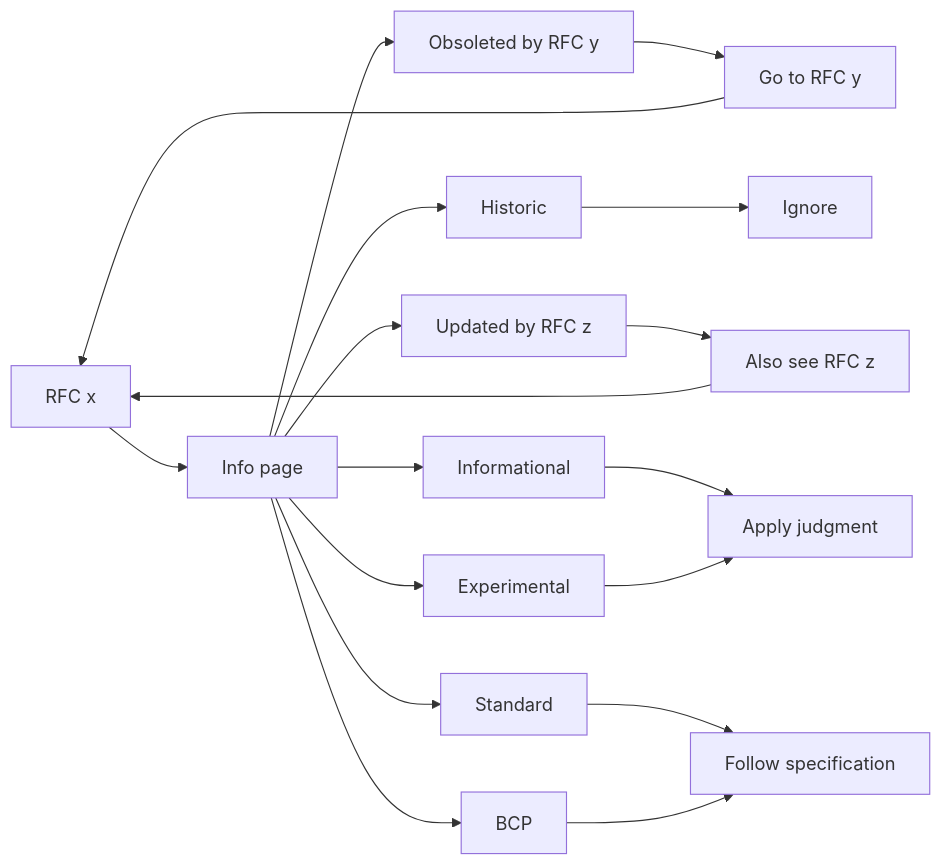
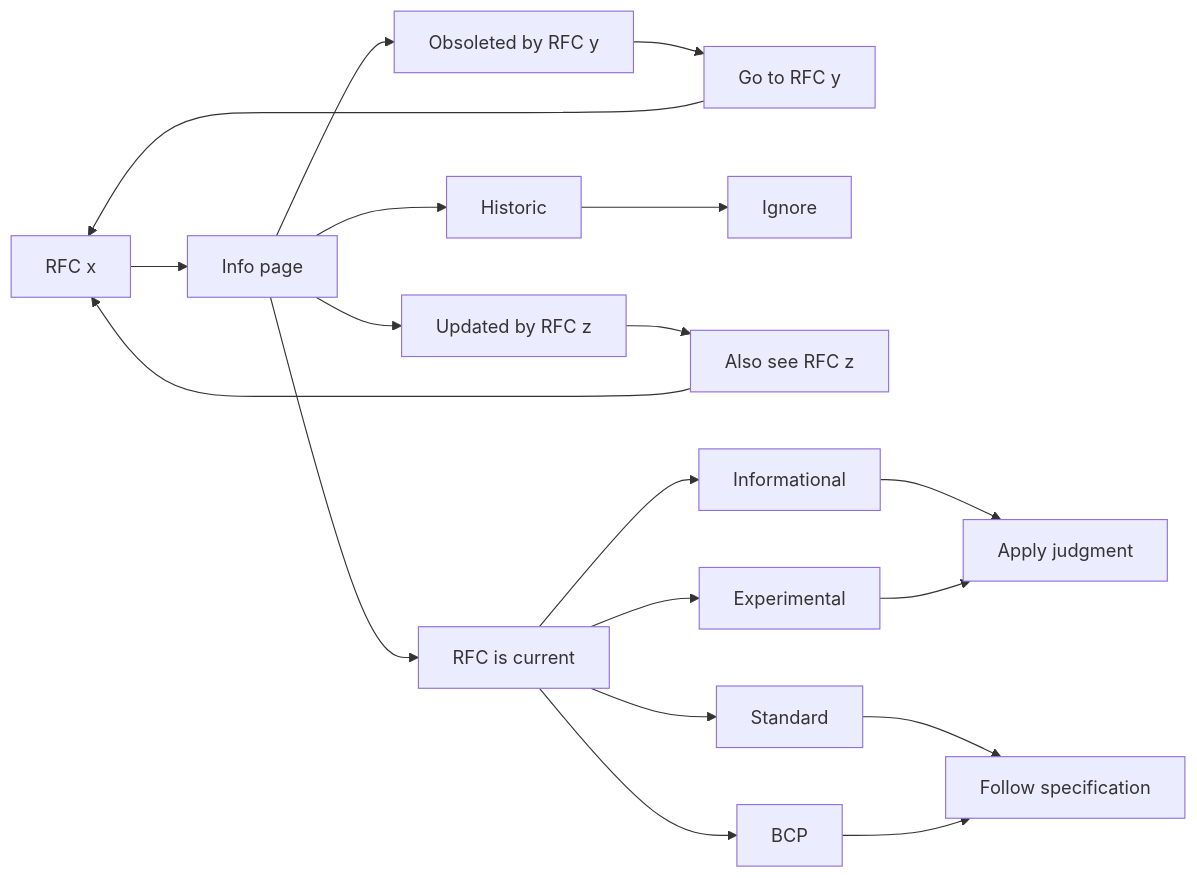
One commit to becarpenter/misc changed the diagram in 8. Further Reading.md. Above: the diagram before and after it, drawn with Mermaid.

````diff
--- a/8. Further Reading.md
+++ b/8. Further Reading.md
@@ -16,11 +16,12 @@
 ```mermaid
 flowchart LR
     R[RFC x] --> I[Info page]
     I --> O[Obsoleted by RFC y] --> GT[Go to RFC y] --> R
     I --> H[Historic] --> IG[Ignore]
     I --> U[Updated by RFC z] --> AS[Also see RFC z] --> R
-    I --> F[Informational] --> J[Apply judgment]
-    I --> E[Experimental] --> J
-    I --> S[Standard] --> L[Follow specification]
-    I --> B[BCP] --> L
+    I --> C[RFC is current]
+    C --> F[Informational] --> J[Apply judgment]
+    C --> E[Experimental] --> J
+    C --> S[Standard] --> L[Follow specification]
+    C --> B[BCP] --> L
 ```
````
